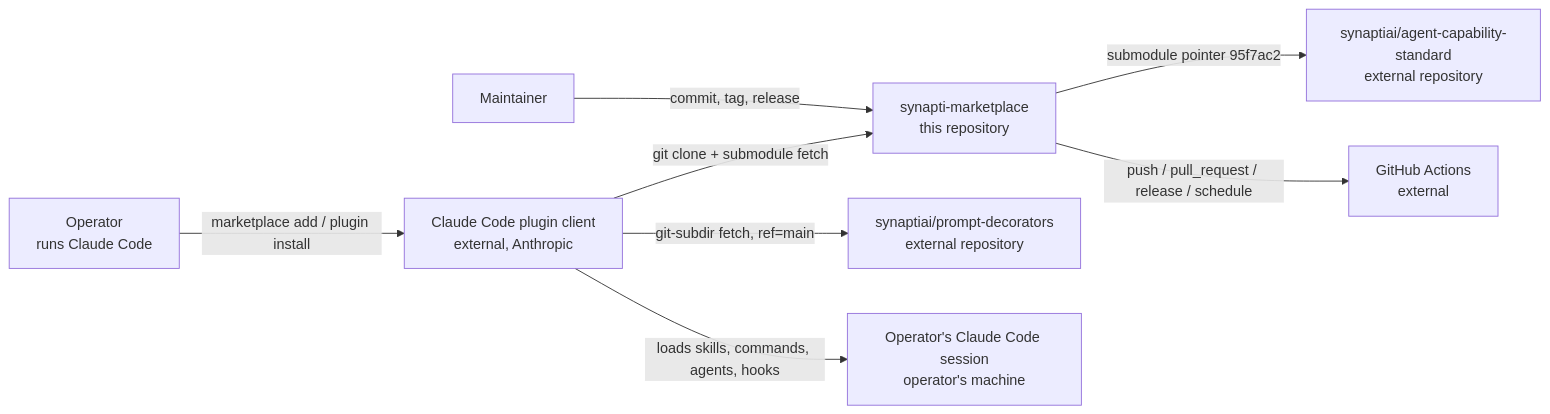
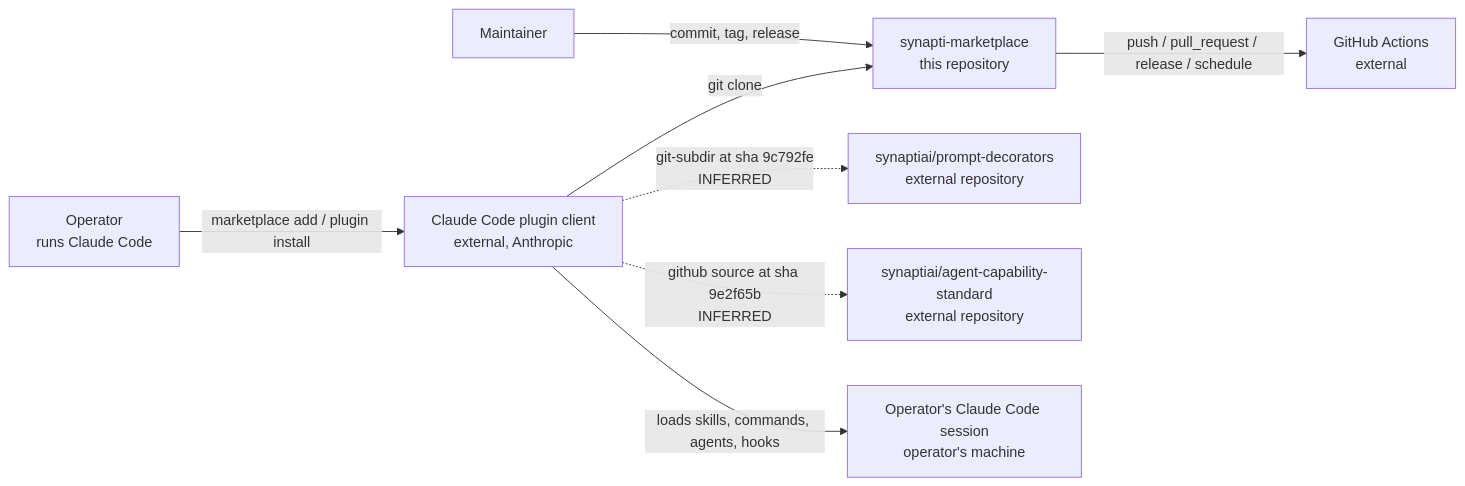
One commit to synaptiai/synapti-marketplace changed the first of 3 diagrams in docs/dossier/02-architecture/system-architecture.md. Above: the diagram before and after it, drawn with Mermaid. The commit also changed other lines of this file and 27 other files, not shown here.

````diff
--- a/docs/dossier/02-architecture/system-architecture.md
+++ b/docs/dossier/02-architecture/system-architecture.md
@@ -42,10 +64,10 @@
 ```mermaid
 graph LR
   operator["Operator<br/>runs Claude Code"] -->|"marketplace add / plugin install"| client["Claude Code plugin client<br/>external, Anthropic"]
-  client -->|"git clone + submodule fetch"| repo["synapti-marketplace<br/>this repository"]
-  client -->|"git-subdir fetch, ref=main"| ext["synaptiai/prompt-decorators<br/>external repository"]
-  repo -->|"submodule pointer 95f7ac2"| acs["synaptiai/agent-capability-standard<br/>external repository"]
+  client -->|"git clone"| repo["synapti-marketplace<br/>this repository"]
+  client -.->|"git-subdir at sha 9c792fe<br/>INFERRED"| ext["synaptiai/prompt-decorators<br/>external repository"]
+  client -.->|"github source at sha 9e2f65b<br/>INFERRED"| acs["synaptiai/agent-capability-standard<br/>external repository"]
   client -->|"loads skills, commands, agents, hooks"| session["Operator's Claude Code session<br/>operator's machine"]
   repo -->|"push / pull_request / release / schedule"| gha["GitHub Actions<br/>external"]
   maintainer["Maintainer"] -->|"commit, tag, release"| repo
 ```
````
